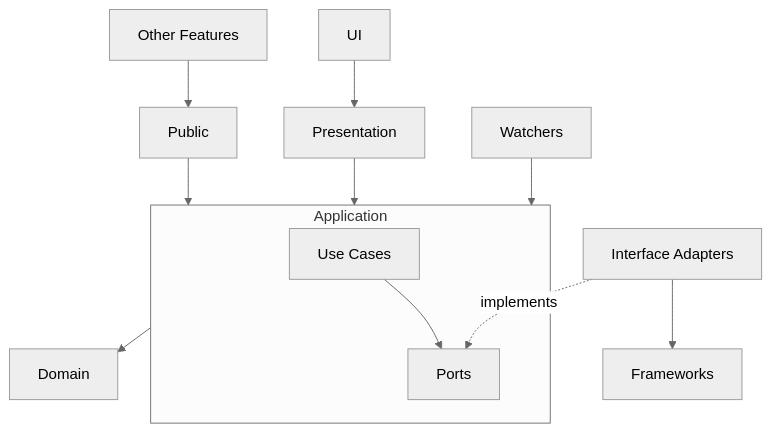
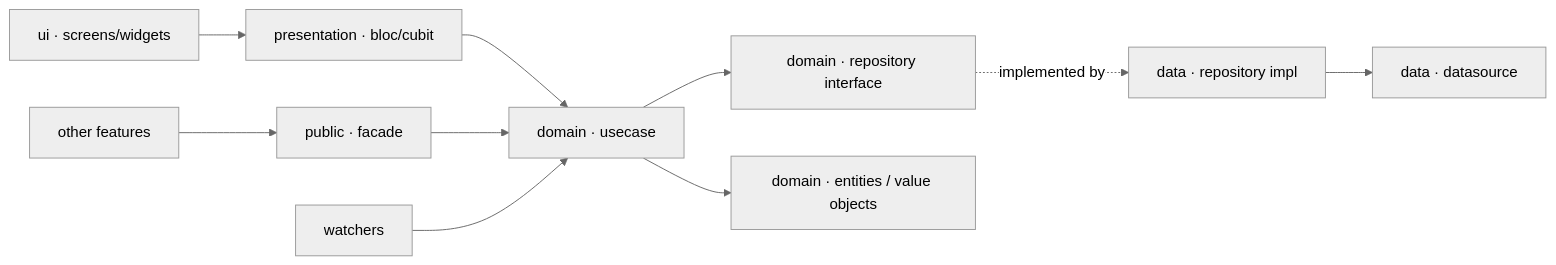
The diagram in ARCHITECTURE.md (SatoshiPortal/bullbitcoin-mobile), drawn with Mermaid (neutral theme) before and after one commit. The commit also changed other lines of this file and 2 other files, not shown here.

First line of the commit message:
docs(architecture): consolidate on datasource→repository→usecase→bloc

````diff
--- a/ARCHITECTURE.md
+++ b/ARCHITECTURE.md
@@ -67,18 +128,12 @@
 ```mermaid
-graph TD
-    UI[UI] --> PL[Presentation]
-    OF[Other Features] --> PF[Public]
-    PL --> AL
-    PF --> AL
-    W[Watchers] --> AL
-
-    subgraph AL[Application]
-        UC[Use Cases]
-        P[Ports]
-        UC --> P
-    end
-
-    AL --> D[Domain]
-    IA[Interface Adapters] -.implements.-> P
-    IA --> FD[Frameworks]
+graph LR
+    UI[ui · screens/widgets] --> P[presentation · bloc/cubit]
+    OF[other features] --> F[public · facade]
+    P --> UC[domain · usecase]
+    F --> UC
+    W[watchers] --> UC
+    UC --> R[domain · repository interface]
+    UC --> E[domain · entities / value objects]
+    R -.implemented by.-> IMPL[data · repository impl]
+    IMPL --> DS[data · datasource]
 ```
````
